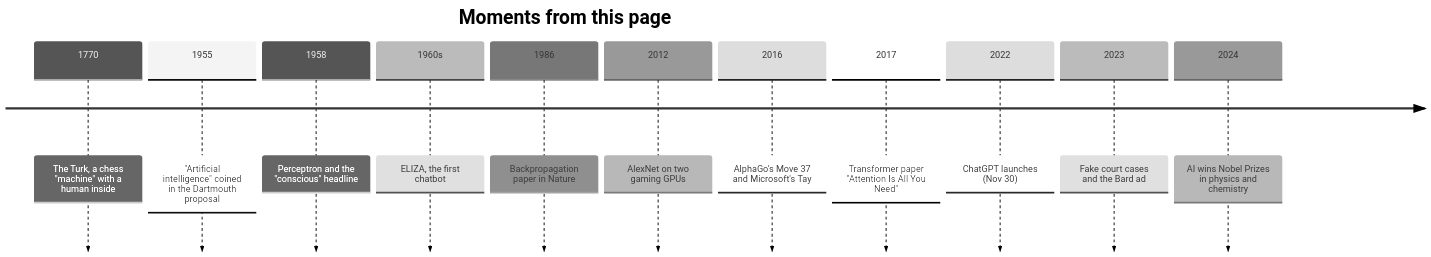
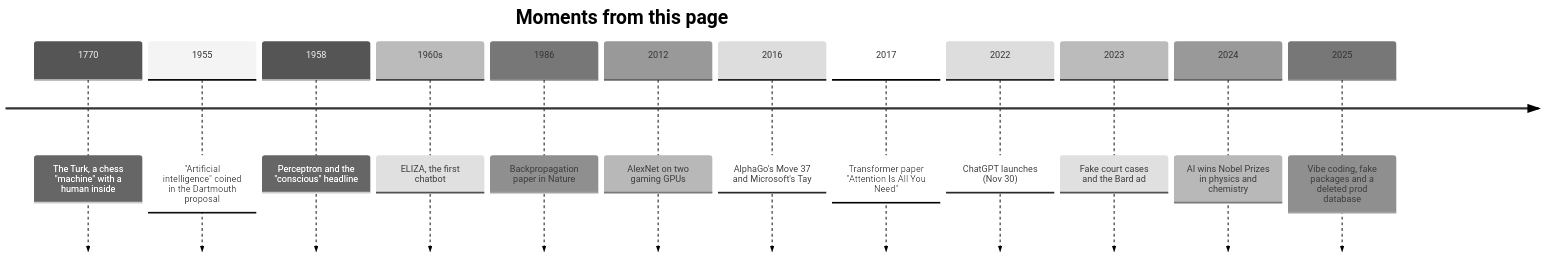
Before and after one commit to manmohan1391/surprising-ai-facts: the second of 2 diagrams in README.md, drawn with Mermaid (neutral theme). The commit also changed other lines of this file and 2 other files, not shown here.

````diff
--- a/README.md
+++ b/README.md
@@ -338,15 +424,16 @@
 ```mermaid
 timeline
     title Moments from this page
     1770 : The Turk, a chess "machine" with a human inside
     1955 : "Artificial intelligence" coined in the Dartmouth proposal
     1958 : Perceptron and the "conscious" headline
     1960s : ELIZA, the first chatbot
     1986 : Backpropagation paper in Nature
     2012 : AlexNet on two gaming GPUs
     2016 : AlphaGo's Move 37 and Microsoft's Tay
     2017 : Transformer paper "Attention Is All You Need"
     2022 : ChatGPT launches (Nov 30)
     2023 : Fake court cases and the Bard ad
     2024 : AI wins Nobel Prizes in physics and chemistry
+    2025 : Vibe coding, fake packages and a deleted prod database
 ```
````
